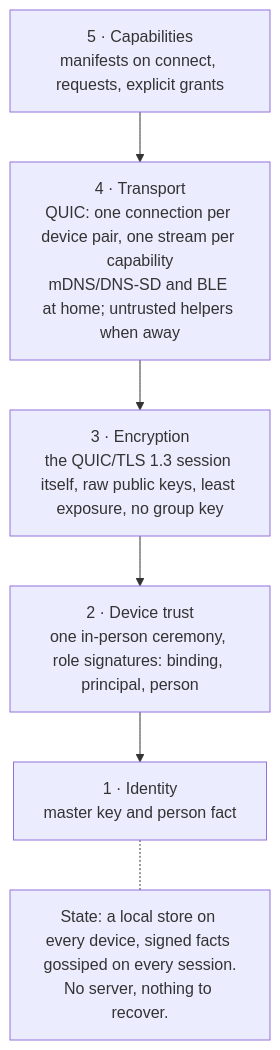
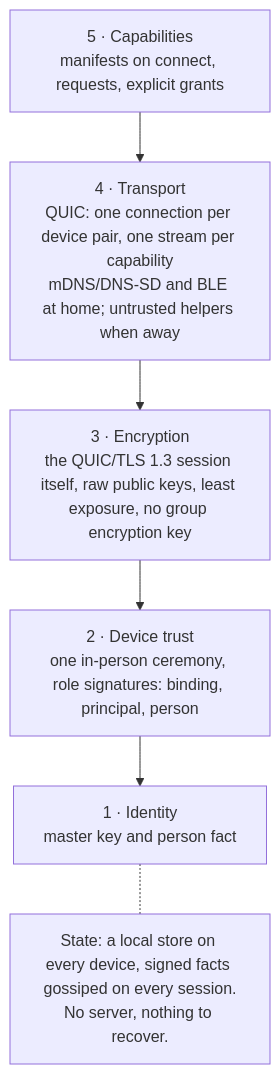
Before and after one commit to garth/ligature-protocol: the diagram in docs/spec/00-overview.md, drawn with Mermaid. The commit also changed other lines of this file and 24 other files, not shown here.

````diff
--- a/docs/spec/00-overview.md
+++ b/docs/spec/00-overview.md
@@ -55,11 +55,11 @@
 ```mermaid
 flowchart TB
     L5["5 · Capabilities<br/>manifests on connect, requests, explicit grants"]
     L4["4 · Transport<br/>QUIC: one connection per device pair, one stream per capability<br/>mDNS/DNS-SD and BLE at home; untrusted helpers when away"]
-    L3["3 · Encryption<br/>the QUIC/TLS 1.3 session itself, raw public keys, least exposure, no group key"]
+    L3["3 · Encryption<br/>the QUIC/TLS 1.3 session itself, raw public keys, least exposure, no group encryption key"]
     L2["2 · Device trust<br/>one in-person ceremony, role signatures: binding, principal, person"]
     L1["1 · Identity<br/>master key and person fact"]
     S["State: a local store on every device, signed facts gossiped on every session.<br/>No server, nothing to recover."]
     L5 --> L4 --> L3 --> L2 --> L1
     L1 -.- S
 ```
````
